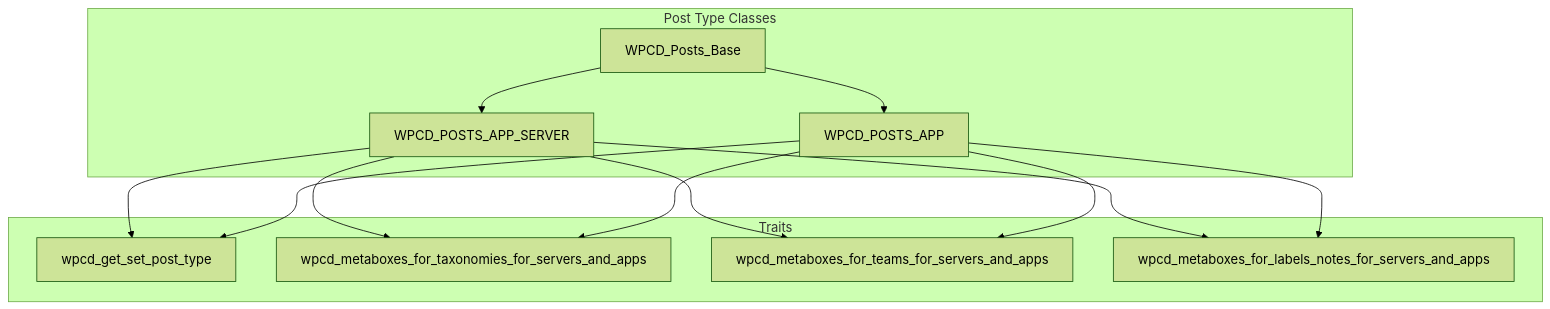
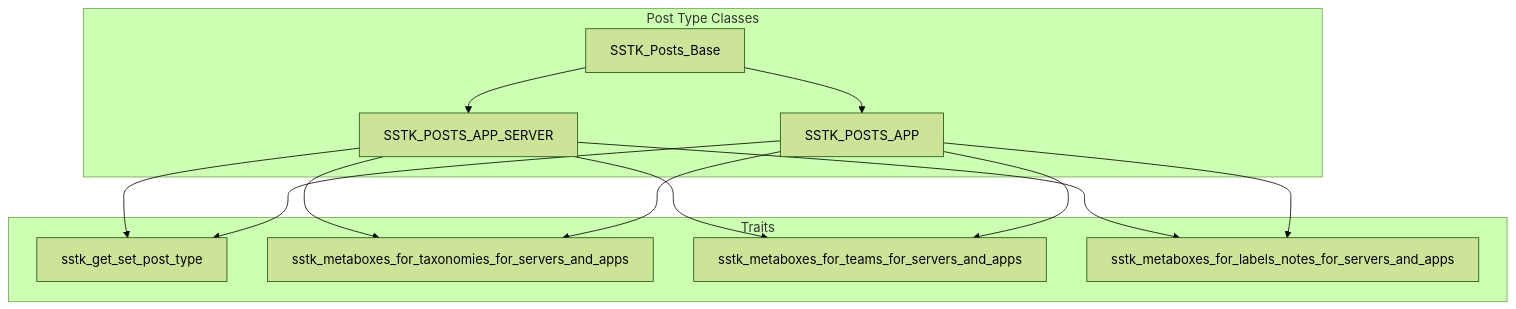
The first of 8 diagrams in .qoder/repowiki/en/content/Data Management/Custom Post Types.md (onedogsolutions/simple-stack), drawn with Mermaid (forest theme) before and after one commit. The commit also changed other lines of this file and 5941 other files, not shown here.

````diff
--- a/.qoder/repowiki/en/content/Data Management/Custom Post Types.md
+++ b/.qoder/repowiki/en/content/Data Management/Custom Post Types.md
@@ -37,24 +37,24 @@
 ```mermaid
 graph TB
 subgraph "Post Type Classes"
-BASE["WPCD_Posts_Base"]
-SERVER["WPCD_POSTS_APP_SERVER"]
-APP["WPCD_POSTS_APP"]
+BASE["SSTK_Posts_Base"]
+SERVER["SSTK_POSTS_APP_SERVER"]
+APP["SSTK_POSTS_APP"]
 end
 subgraph "Traits"
-TPT["wpcd_get_set_post_type"]
-TTAX["wpcd_metaboxes_for_taxonomies_for_servers_and_apps"]
-TTEAM["wpcd_metaboxes_for_teams_for_servers_and_apps"]
-TLABELS["wpcd_metaboxes_for_labels_notes_for_servers_and_apps"]
+TPT["sstk_get_set_post_type"]
+TTAX["sstk_metaboxes_for_taxonomies_for_servers_and_apps"]
+TTEAM["sstk_metaboxes_for_teams_for_servers_and_apps"]
+TLABELS["sstk_metaboxes_for_labels_notes_for_servers_and_apps"]
 end
 BASE --> SERVER
 BASE --> APP
 SERVER --> TPT
 SERVER --> TTAX
 SERVER --> TTEAM
 SERVER --> TLABELS
 APP --> TPT
 APP --> TTAX
 APP --> TTEAM
 APP --> TLABELS
 ```
````
